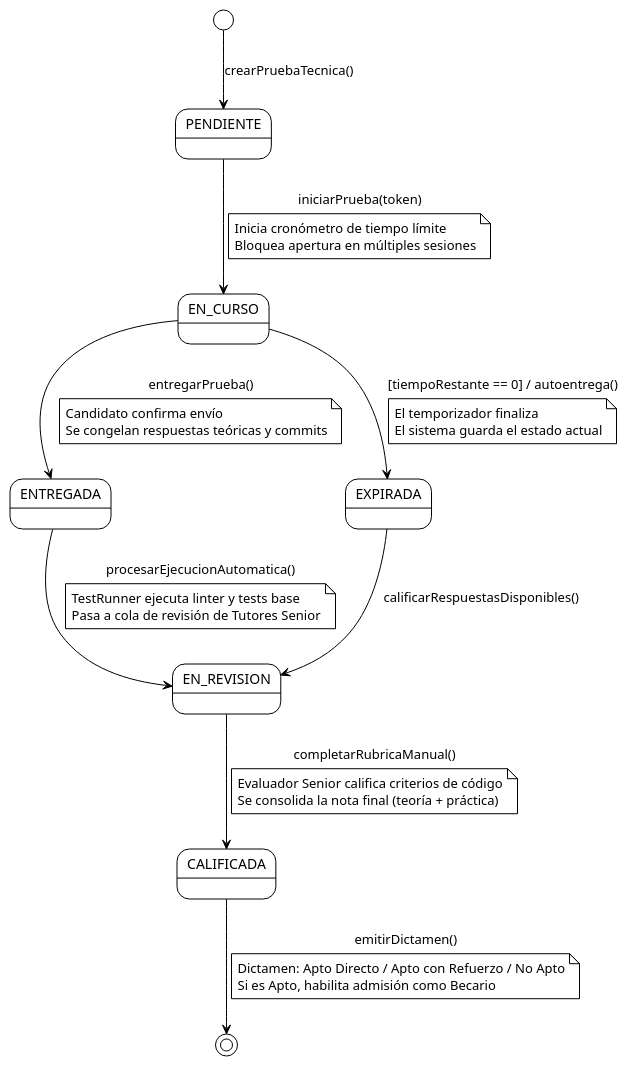
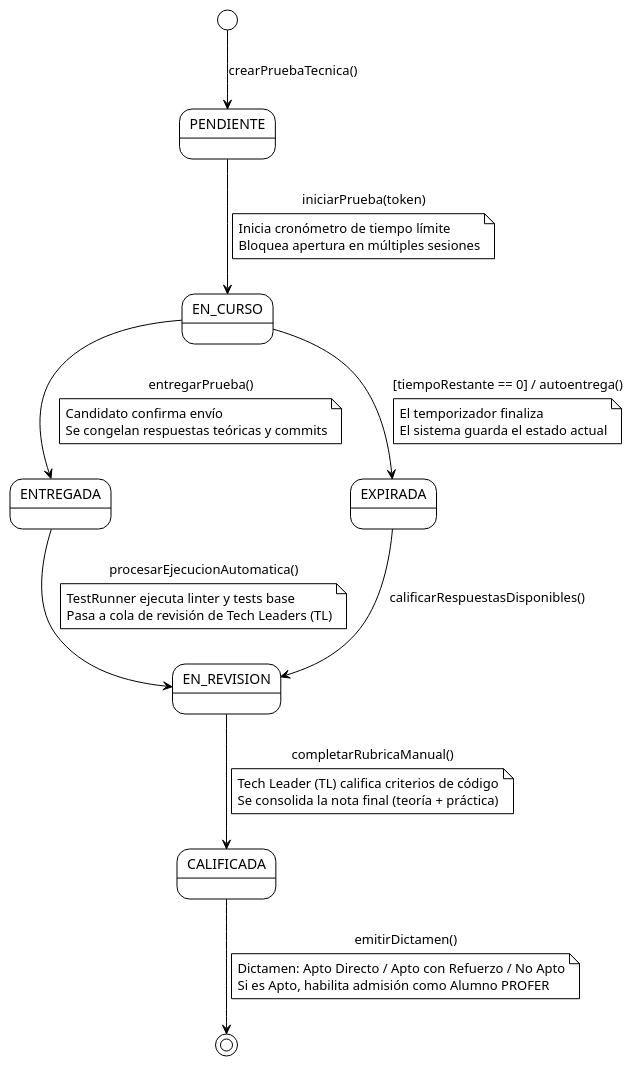
The diagram in RUP/00-modelo-del-dominio/estados-entidades/pruebaTecnica-estados.puml (TheMoys/CTS-Academy), drawn with PlantUML before and after one commit. The commit also changed 5 other files, not shown here.

Commit message:
refactor(dominio): actualizar roles a AlumnoProfer, TechLeader y GestorProfer

```diff
--- a/RUP/00-modelo-del-dominio/estados-entidades/pruebaTecnica-estados.puml
+++ b/RUP/00-modelo-del-dominio/estados-entidades/pruebaTecnica-estados.puml
@@ -1,50 +1,50 @@
 @startuml pruebaTecnica-estados
 
 !theme plain
 skinparam state {
   BackgroundColor White
   BorderColor Black
   ArrowColor Black
 }
 
 [*] --> PENDIENTE : crearPruebaTecnica()
 
 PENDIENTE --> EN_CURSO : iniciarPrueba(token)
 note on link
   Inicia cronómetro de tiempo límite
   Bloquea apertura en múltiples sesiones
 end note
 
 EN_CURSO --> ENTREGADA : entregarPrueba()
 note on link
   Candidato confirma envío
   Se congelan respuestas teóricas y commits
 end note
 
 EN_CURSO --> EXPIRADA : [tiempoRestante == 0] / autoentrega()
 note on link
   El temporizador finaliza
   El sistema guarda el estado actual
 end note
 
 ENTREGADA --> EN_REVISION : procesarEjecucionAutomatica()
 note on link
   TestRunner ejecuta linter y tests base
-  Pasa a cola de revisión de Tutores Senior
+  Pasa a cola de revisión de Tech Leaders (TL)
 end note
 
 EXPIRADA --> EN_REVISION : calificarRespuestasDisponibles()
 
 EN_REVISION --> CALIFICADA : completarRubricaManual()
 note on link
-  Evaluador Senior califica criterios de código
+  Tech Leader (TL) califica criterios de código
   Se consolida la nota final (teoría + práctica)
 end note
 
 CALIFICADA --> [*] : emitirDictamen()
 note on link
   Dictamen: Apto Directo / Apto con Refuerzo / No Apto
-  Si es Apto, habilita admisión como Becario
+  Si es Apto, habilita admisión como Alumno PROFER
 end note
 
 @enduml
```
